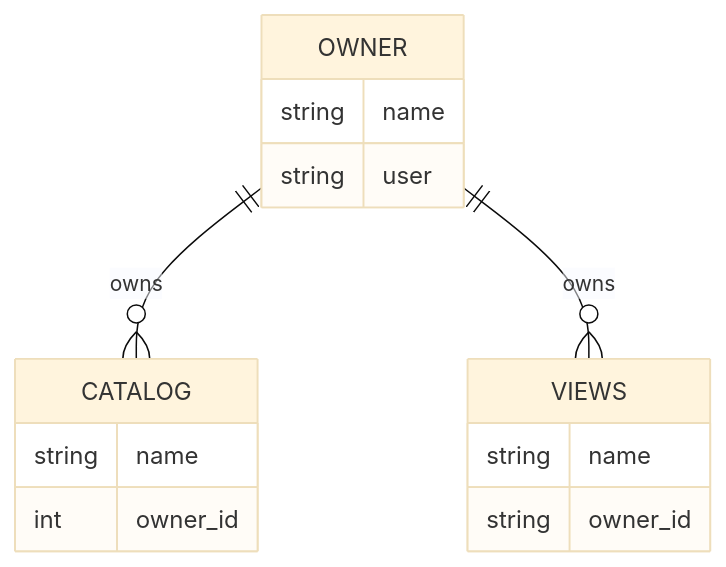
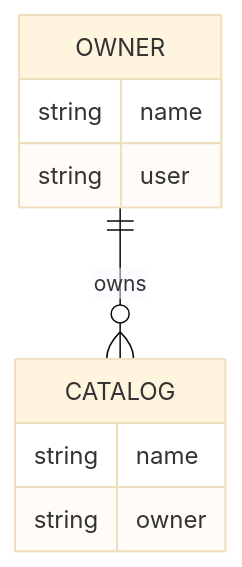
One commit to mabel-dev/tarchia changed the second of 2 diagrams in README.md. Above: the diagram before and after it, drawn with Mermaid (base theme). The commit also changed 2 other files, not shown here.

```diff
--- a/README.md
+++ b/README.md
@@ -98,20 +98,15 @@
 ~~~mermaid
 erDiagram
     OWNER {
         string name
         string user
     }
     
     CATALOG {
         string name
-        int owner_id
-    }
-    
-    VIEWS {
-        string name
-        string owner_id
+        string owner
+
     }
 
     OWNER ||--o{ CATALOG : "owns"
-    OWNER ||--o{ VIEWS : "owns"
 ~~~
```
